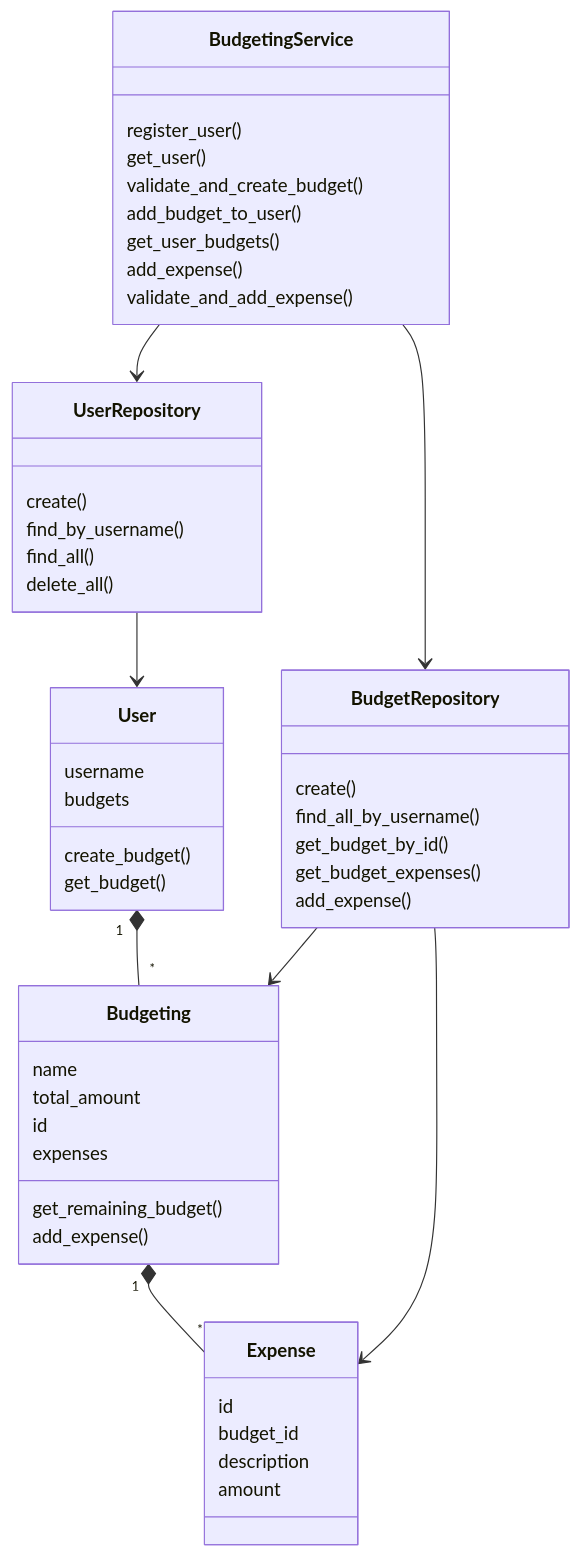
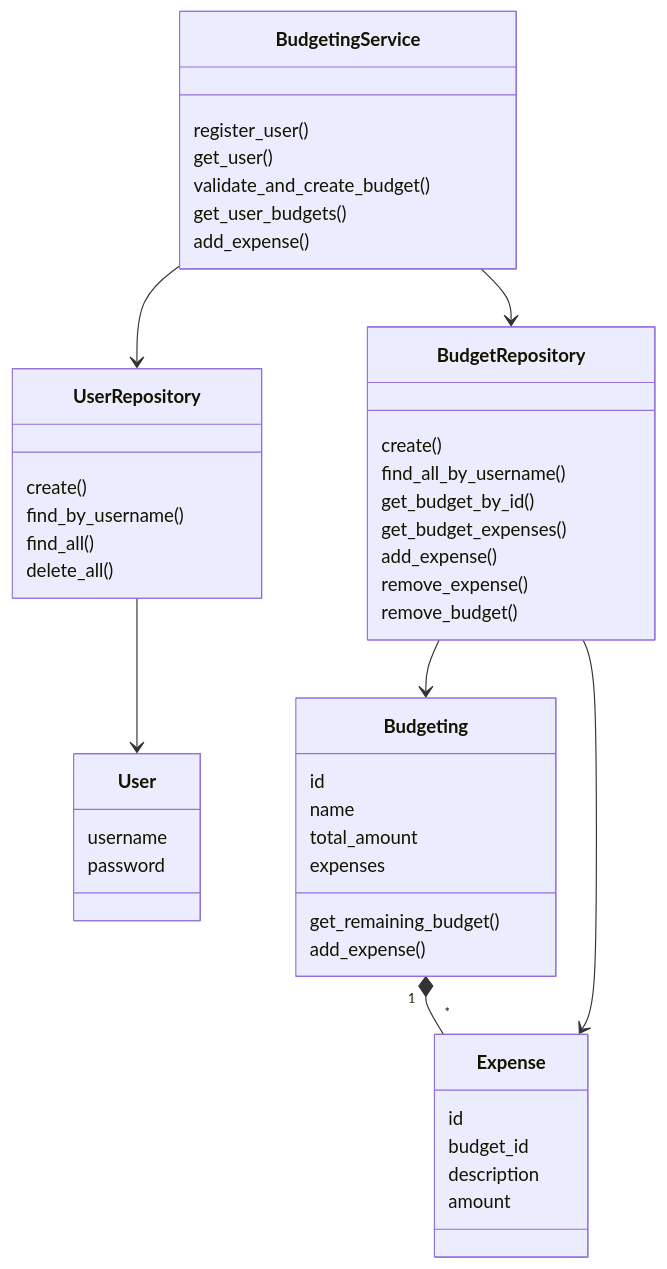
The first of 2 diagrams in budgeting-app/dokumentaatio/arkkitehtuuri.md (NuuNiem/ot-harjoitustyo), drawn with Mermaid before and after one commit. The commit also changed other lines of this file, not shown here.

````diff
--- a/budgeting-app/dokumentaatio/arkkitehtuuri.md
+++ b/budgeting-app/dokumentaatio/arkkitehtuuri.md
@@ -4,58 +22,55 @@
 ```mermaid
 classDiagram
     class User {
         username
-        budgets
-        create_budget()
-        get_budget()
+        password
     }
-    
+
     class Budgeting {
+        id
         name
         total_amount
-        id
         expenses
         get_remaining_budget()
         add_expense()
     }
-    
+
     class Expense {
         id
         budget_id
         description
         amount
     }
-    
+
     class BudgetingService {
         register_user()
         get_user()
         validate_and_create_budget()
-        add_budget_to_user()
         get_user_budgets()
         add_expense()
-        validate_and_add_expense()
     }
-    
+
     class UserRepository {
         create()
         find_by_username()
         find_all()
         delete_all()
     }
-    
+
     class BudgetRepository {
         create()
         find_all_by_username()
         get_budget_by_id()
         get_budget_expenses()
         add_expense()
+        remove_expense()
+        remove_budget()
     }
-    
-    User "1" *-- "*" Budgeting
+
     Budgeting "1" *-- "*" Expense
     BudgetingService --> UserRepository
     BudgetingService --> BudgetRepository
     UserRepository --> User
     BudgetRepository --> Budgeting
     BudgetRepository --> Expense
 ```
````
